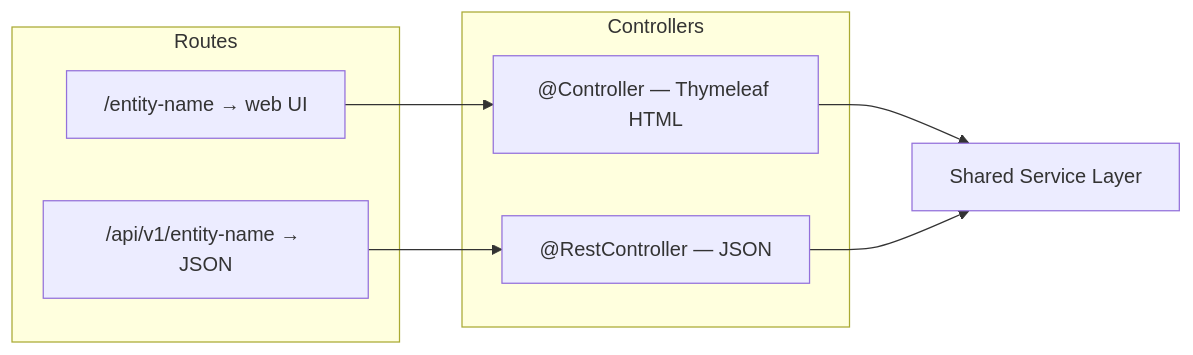
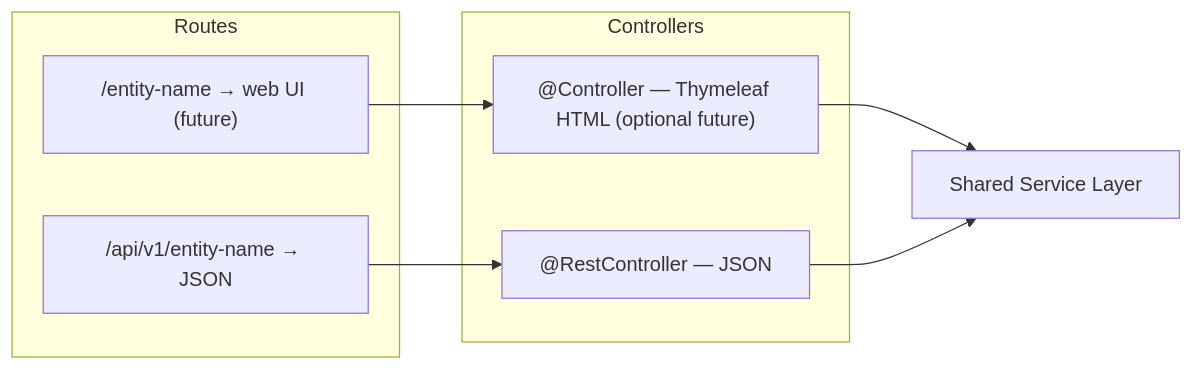
One commit to experiment001-on-secret-2500blobs129124/cpmss changed the second of 3 diagrams in docs/ARCHITECTURE.md. Above: the diagram before and after it, drawn with Mermaid. The commit also changed other lines of this file and 8 other files, not shown here.

````diff
--- a/docs/ARCHITECTURE.md
+++ b/docs/ARCHITECTURE.md
@@ -90,18 +90,18 @@
 ```mermaid
 flowchart LR
     subgraph Controllers
-        WC["@Controller — Thymeleaf HTML"]
+        WC["@Controller — Thymeleaf HTML (optional future)"]
         RC["@RestController — JSON"]
     end
 
     WC --> S["Shared Service Layer"]
     RC --> S
 
     subgraph Routes
-        R1["/entity-name → web UI"]
+        R1["/entity-name → web UI (future)"]
         R2["/api/v1/entity-name → JSON"]
     end
 
     R1 --> WC
     R2 --> RC
 ```
````
